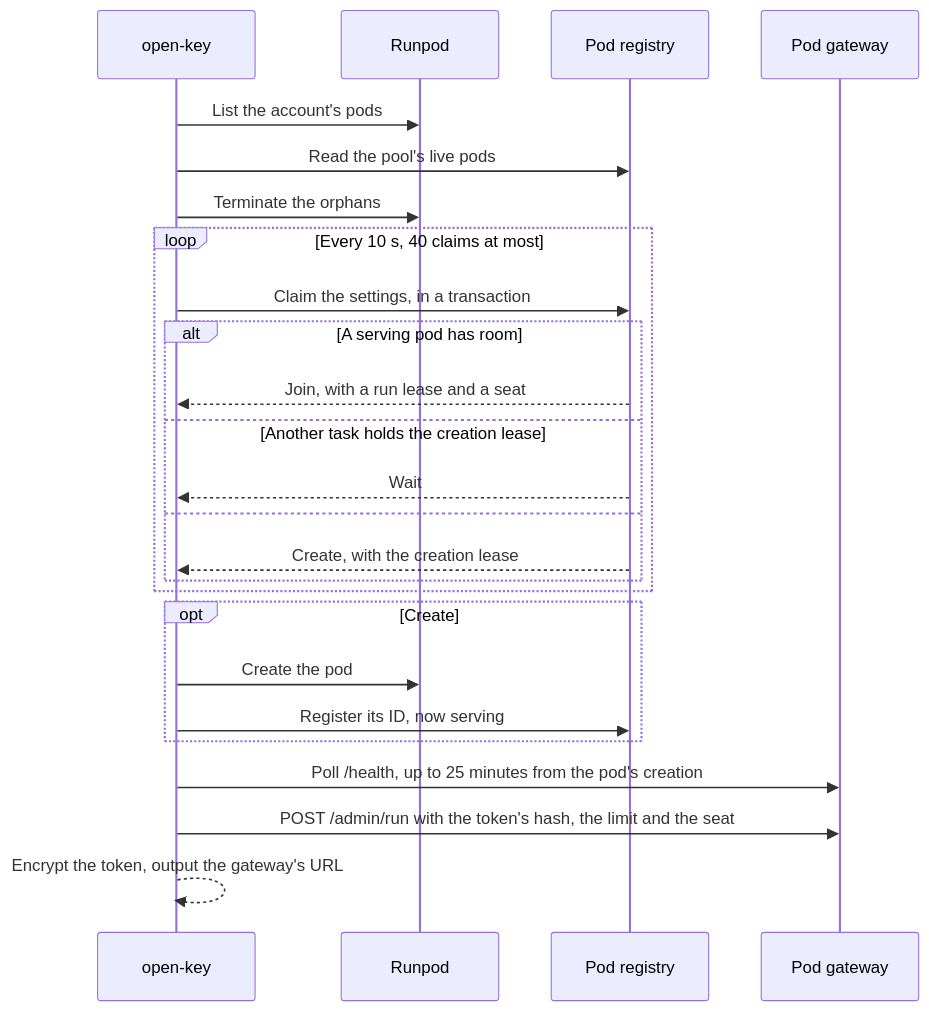
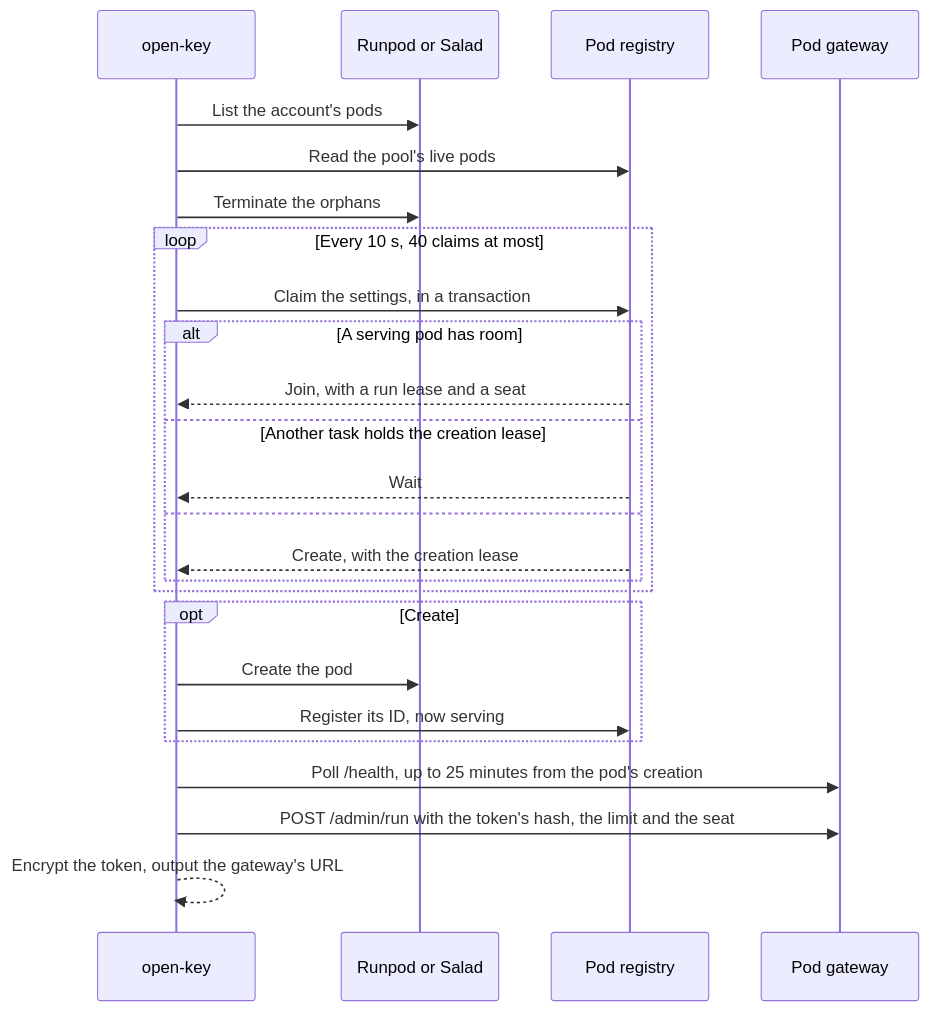
The third of 3 diagrams in docs/inference/pods.md (codenergy-dev/codeman), drawn with Mermaid before and after one commit. The commit also changed other lines of this file and 25 other files, not shown here.

````diff
--- a/docs/inference/pods.md
+++ b/docs/inference/pods.md
@@ -116,27 +116,27 @@
 ```mermaid
 sequenceDiagram
   participant K as open-key
-  participant R as Runpod
+  participant R as Runpod or Salad
   participant P as Pod registry
   participant G as Pod gateway
   K->>R: List the account's pods
   K->>P: Read the pool's live pods
   K->>R: Terminate the orphans
   loop Every 10 s, 40 claims at most
     K->>P: Claim the settings, in a transaction
     alt A serving pod has room
       P-->>K: Join, with a run lease and a seat
     else Another task holds the creation lease
       P-->>K: Wait
     else
       P-->>K: Create, with the creation lease
     end
   end
   opt Create
     K->>R: Create the pod
     K->>P: Register its ID, now serving
   end
   K->>G: Poll /health, up to 25 minutes from the pod's creation
   K->>G: POST /admin/run with the token's hash, the limit and the seat
   K-->>K: Encrypt the token, output the gateway's URL
 ```
````
